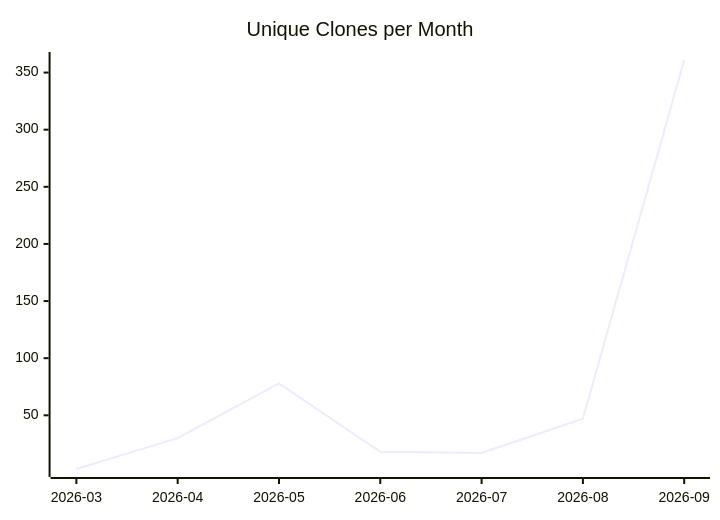
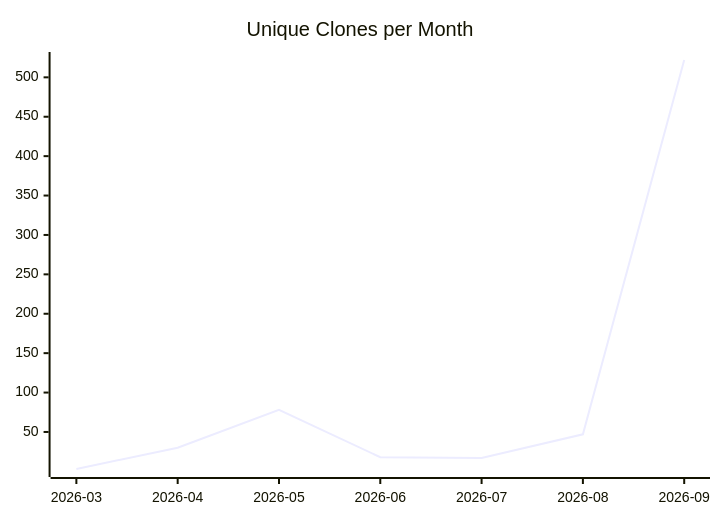
Before and after one commit to justdavis-family/github-analytics-data: the third of 3 diagrams in karlmdavis/justdavis-ansible/README.md, drawn with Mermaid. The commit also changed other lines of this file and 200 other files, not shown here.

````diff
--- a/karlmdavis/justdavis-ansible/README.md
+++ b/karlmdavis/justdavis-ansible/README.md
@@ -19,6 +19,6 @@
 ```mermaid
 xychart-beta
   title "Unique Clones per Month"
   x-axis ["2026-03", "2026-04", "2026-05", "2026-06", "2026-07", "2026-08", "2026-09"]
-  line [3, 30, 78, 18, 17, 47, 361]
+  line [3, 30, 78, 18, 17, 47, 522]
 ```
````
